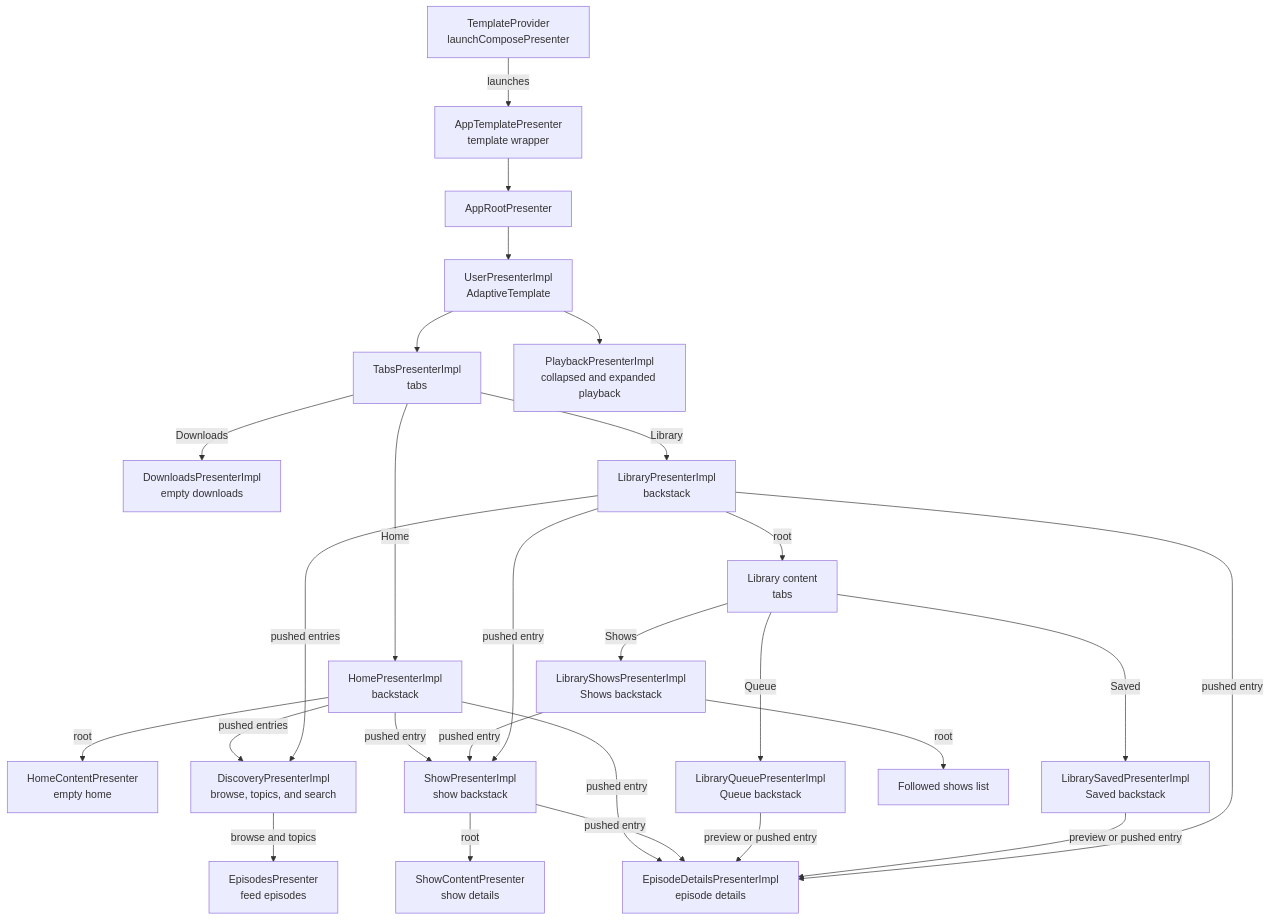
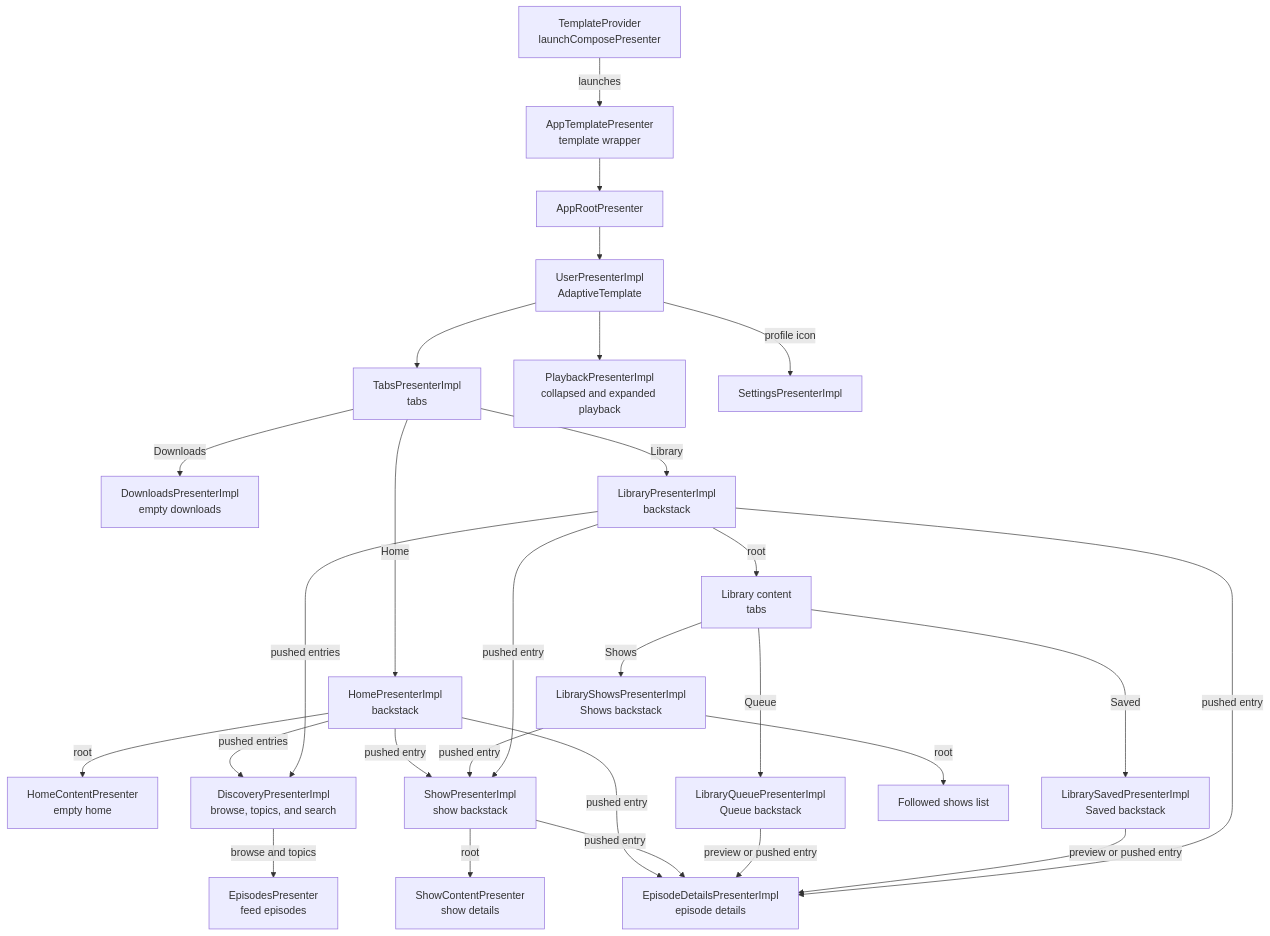
Before and after one commit to vRallev/storymile: the diagram in docs/presenter-hierarchy.md, drawn with Mermaid. The commit also changed other lines of this file and 36 other files, not shown here.

First line of the commit message:
Open guest Settings from the profile icon (#233)

````diff
--- a/docs/presenter-hierarchy.md
+++ b/docs/presenter-hierarchy.md
@@ -8,50 +8,52 @@
 ```mermaid
 flowchart TD
   TemplateProvider["TemplateProvider\nlaunchComposePresenter"]
   AppTemplatePresenter["AppTemplatePresenter\ntemplate wrapper"]
   AppRootPresenter["AppRootPresenter"]
   UserPresenter["UserPresenterImpl\nAdaptiveTemplate"]
   HomePresenter["HomePresenterImpl\nbackstack"]
   HomeContentPresenter["HomeContentPresenter\nempty home"]
   DiscoveryPresenterImpl["DiscoveryPresenterImpl\nbrowse, topics, and search"]
   ShowPresenter["ShowPresenterImpl\nshow backstack"]
   ShowContentPresenter["ShowContentPresenter\nshow details"]
   EpisodeDetailsPresenter["EpisodeDetailsPresenterImpl\nepisode details"]
   EpisodesPresenter["EpisodesPresenter\nfeed episodes"]
   DownloadsPresenter["DownloadsPresenterImpl\nempty downloads"]
   TabsPresenter["TabsPresenterImpl\ntabs"]
   LibraryPresenter["LibraryPresenterImpl\nbackstack"]
   LibraryContent["Library content\ntabs"]
   LibraryQueuePresenter["LibraryQueuePresenterImpl\nQueue backstack"]
   LibraryShowsPresenter["LibraryShowsPresenterImpl\nShows backstack"]
   LibrarySavedPresenter["LibrarySavedPresenterImpl\nSaved backstack"]
   FollowedShows["Followed shows list"]
   PlaybackPresenter["PlaybackPresenterImpl\ncollapsed and expanded playback"]
+  SettingsPresenter["SettingsPresenterImpl"]
 
   TemplateProvider -->|launches| AppTemplatePresenter
   AppTemplatePresenter --> AppRootPresenter
   AppRootPresenter --> UserPresenter
   UserPresenter --> TabsPresenter
   TabsPresenter -->|Home| HomePresenter
   HomePresenter -->|root| HomeContentPresenter
   HomePresenter -->|pushed entries| DiscoveryPresenterImpl
   HomePresenter -->|pushed entry| ShowPresenter
   HomePresenter -->|pushed entry| EpisodeDetailsPresenter
   DiscoveryPresenterImpl -->|browse and topics| EpisodesPresenter
   ShowPresenter -->|root| ShowContentPresenter
   ShowPresenter -->|pushed entry| EpisodeDetailsPresenter
   TabsPresenter -->|Library| LibraryPresenter
   LibraryPresenter -->|root| LibraryContent
   LibraryContent -->|Queue| LibraryQueuePresenter
   LibraryQueuePresenter -->|preview or pushed entry| EpisodeDetailsPresenter
   LibraryContent -->|Shows| LibraryShowsPresenter
   LibraryShowsPresenter -->|root| FollowedShows
   LibraryShowsPresenter -->|pushed entry| ShowPresenter
   LibraryContent -->|Saved| LibrarySavedPresenter
   LibrarySavedPresenter -->|preview or pushed entry| EpisodeDetailsPresenter
   LibraryPresenter -->|pushed entries| DiscoveryPresenterImpl
   LibraryPresenter -->|pushed entry| ShowPresenter
   LibraryPresenter -->|pushed entry| EpisodeDetailsPresenter
   TabsPresenter -->|Downloads| DownloadsPresenter
   UserPresenter --> PlaybackPresenter
+  UserPresenter -->|profile icon| SettingsPresenter
 ```
````
